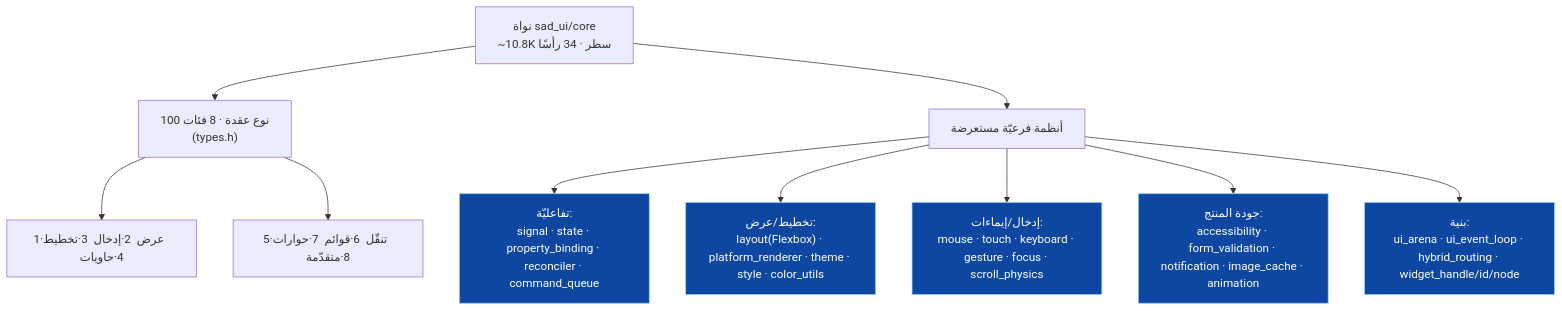
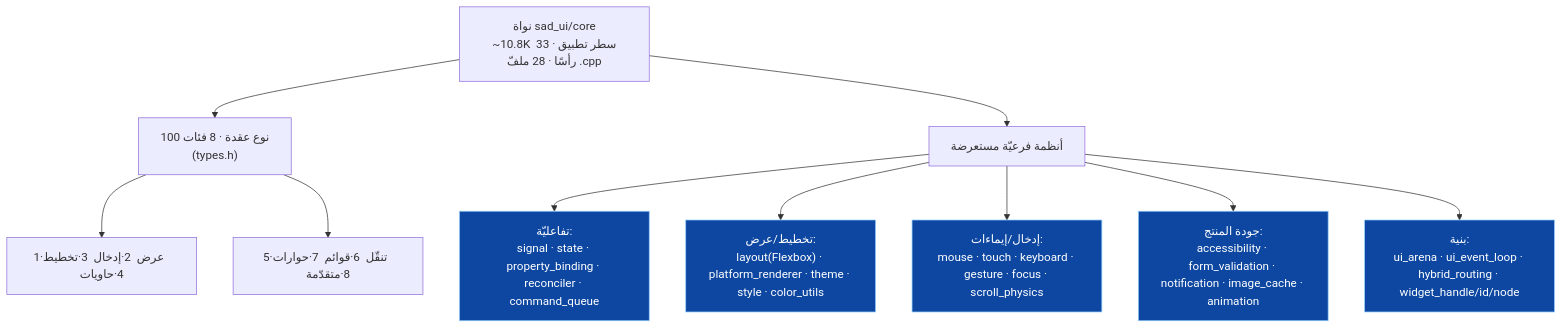
Before and after one commit to sadlang/sadlang-planning: the first of 4 diagrams in projects/graphics-sadui/plan/قدرات-المكتبة-ومقارنة-flutter.md, drawn with Mermaid. The commit also changed other lines of this file, not shown here.

First line of the commit message:
graphics-sadui: مراجعة Amelia للقدرات — حسم الوصل (5/34 مكشوفة لغويًّا)

````diff
--- a/projects/graphics-sadui/plan/قدرات-المكتبة-ومقارنة-flutter.md
+++ b/projects/graphics-sadui/plan/قدرات-المكتبة-ومقارنة-flutter.md
@@ -13,19 +15,19 @@
 ```mermaid
 flowchart TD
-    CORE["نواة sad_ui/core\n~10.8K سطر · 34 رأسًا"]
+    CORE["نواة sad_ui/core\n~10.8K سطر تطبيق · 33 رأسًا · 28 ملفّ .cpp"]
 
     CORE --> NODES["100 نوع عقدة · 8 فئات\n(types.h)"]
     CORE --> SUB["أنظمة فرعيّة مستعرضة"]
 
     NODES --> N1["1·عرض  2·إدخال  3·تخطيط  4·حاويات"]
     NODES --> N2["5·تنقّل  6·قوائم  7·حوارات  8·متقدّمة"]
 
     SUB --> S1["تفاعليّة:\nsignal · state · property_binding · reconciler · command_queue"]
     SUB --> S2["تخطيط/عرض:\nlayout(Flexbox) · platform_renderer · theme · style · color_utils"]
     SUB --> S3["إدخال/إيماءات:\nmouse · touch · keyboard · gesture · focus · scroll_physics"]
     SUB --> S4["جودة المنتج:\naccessibility · form_validation · notification · image_cache · animation"]
     SUB --> S5["بنية:\nui_arena · ui_event_loop · hybrid_routing · widget_handle/id/node"]
 
     classDef c fill:#0d47a1,stroke:#90caf9,color:#fff;
     class S1,S2,S3,S4,S5 c;
 ```
````
